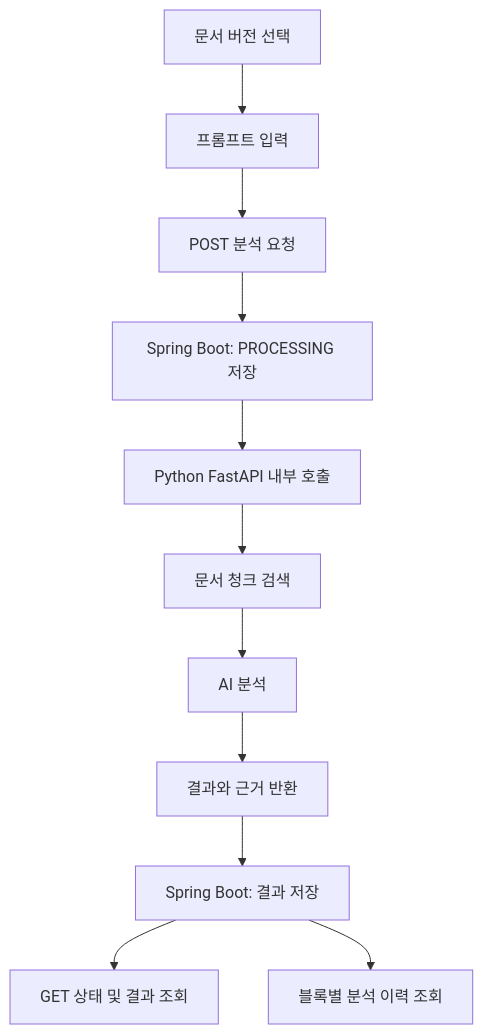
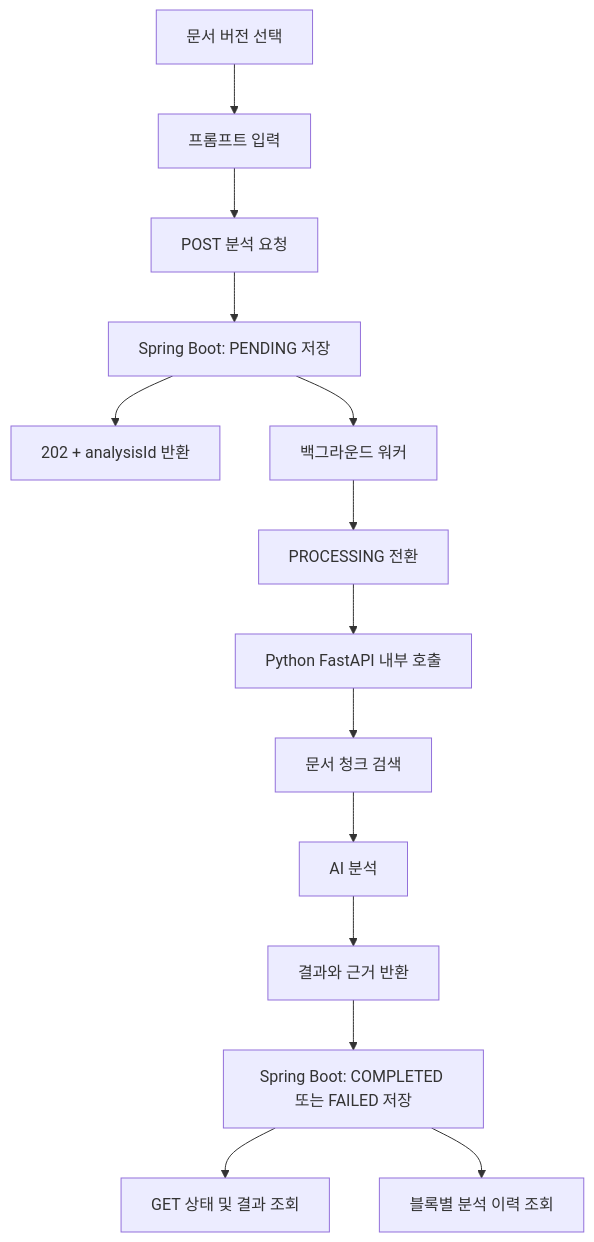
Before and after one commit to wanted-VitS-Project/Vit_S-GroupwareService-BackEnd: the diagram in .ai/docs/domain/비타메이트/VITAMATE-V1-USECASE.md, drawn with Mermaid. The commit also changed other lines of this file and 6 other files, not shown here.

````diff
--- a/.ai/docs/domain/비타메이트/VITAMATE-V1-USECASE.md
+++ b/.ai/docs/domain/비타메이트/VITAMATE-V1-USECASE.md
@@ -69,13 +72,16 @@
 ```mermaid
 flowchart TD
     A[문서 버전 선택] --> B[프롬프트 입력]
     B --> C[POST 분석 요청]
-    C --> D[Spring Boot: PROCESSING 저장]
-    D --> E[Python FastAPI 내부 호출]
-    E --> F[문서 청크 검색]
-    F --> G[AI 분석]
-    G --> H[결과와 근거 반환]
-    H --> I[Spring Boot: 결과 저장]
-    I --> J[GET 상태 및 결과 조회]
-    I --> K[블록별 분석 이력 조회]
+    C --> D[Spring Boot: PENDING 저장]
+    D --> E[202 + analysisId 반환]
+    D --> W[백그라운드 워커]
+    W --> P[PROCESSING 전환]
+    P --> F[Python FastAPI 내부 호출]
+    F --> G[문서 청크 검색]
+    G --> H[AI 분석]
+    H --> I[결과와 근거 반환]
+    I --> S[Spring Boot: COMPLETED 또는 FAILED 저장]
+    S --> J[GET 상태 및 결과 조회]
+    S --> K[블록별 분석 이력 조회]
 ```
````
